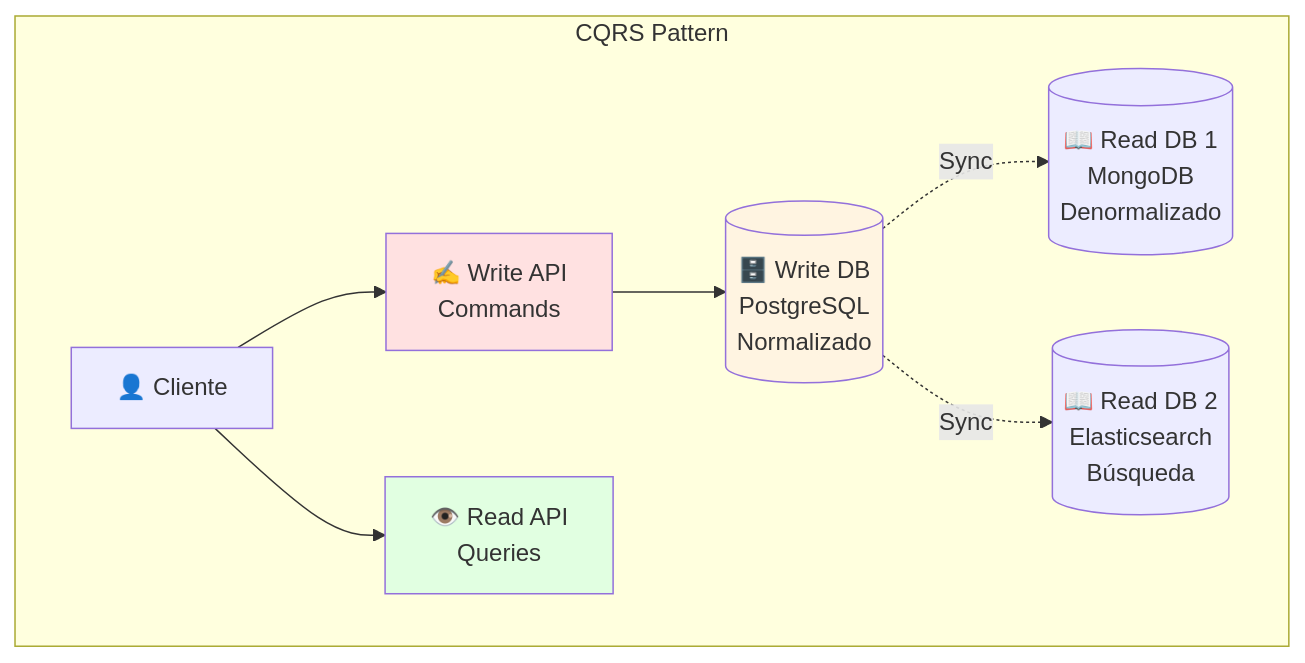
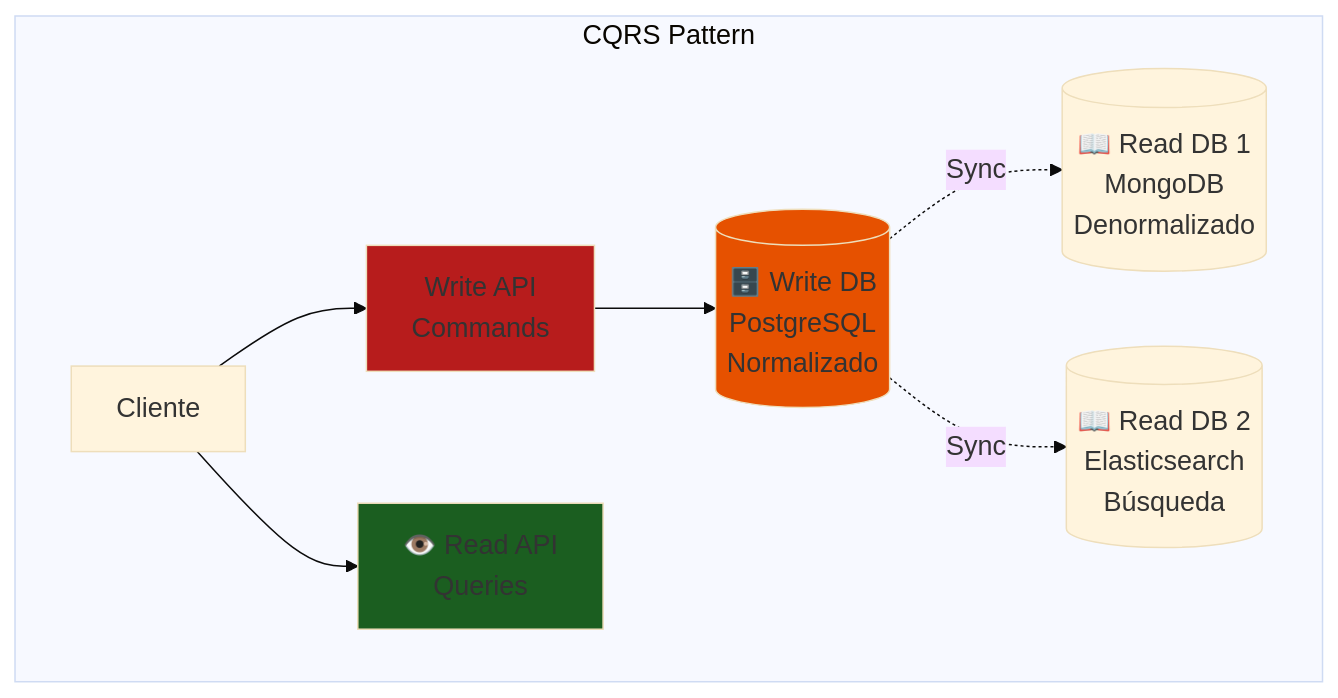
Diagram 15 of 20 in courses/🟡-development/FPUNA-2026/01-DESARROLLO-SOFTWARE/05-diseno-sistemas.md (Ai-Whisperers/Courses-Content), drawn with Mermaid before and after one commit. The commit also changed other lines of this file and 47 other files, not shown here.

First line of the commit message:
fix: Make all 473 diagrams WCAG AAA accessible (FPUNA-2026)

````diff
--- a/courses/🟡-development/FPUNA-2026/01-DESARROLLO-SOFTWARE/05-diseno-sistemas.md
+++ b/courses/🟡-development/FPUNA-2026/01-DESARROLLO-SOFTWARE/05-diseno-sistemas.md
@@ -637,18 +651,19 @@
 ```mermaid
+%%{init: {'theme':'base', 'themeVariables': {'fontSize':'18px'}}}%%
 graph TB
     subgraph "CQRS Pattern"
-        C[👤 Cliente]
+        C[Cliente]
         
-        C --> W[✍️ Write API<br/>Commands]
+        C --> W[Write API<br/>Commands]
         C --> R[👁️ Read API<br/>Queries]
         
         W --> DB1[(🗄️ Write DB<br/>PostgreSQL<br/>Normalizado)]
         
         DB1 -.Sync.-> DB2[(📖 Read DB 1<br/>MongoDB<br/>Denormalizado)]
         DB1 -.Sync.-> DB3[(📖 Read DB 2<br/>Elasticsearch<br/>Búsqueda)]
     end
     
-    style W fill:#FFE1E1
-    style R fill:#E1FFE1
-    style DB1 fill:#FFF4E1
+    style W fill:#b71c1c
+    style R fill:#1b5e20
+    style DB1 fill:#e65100
 ```
````
